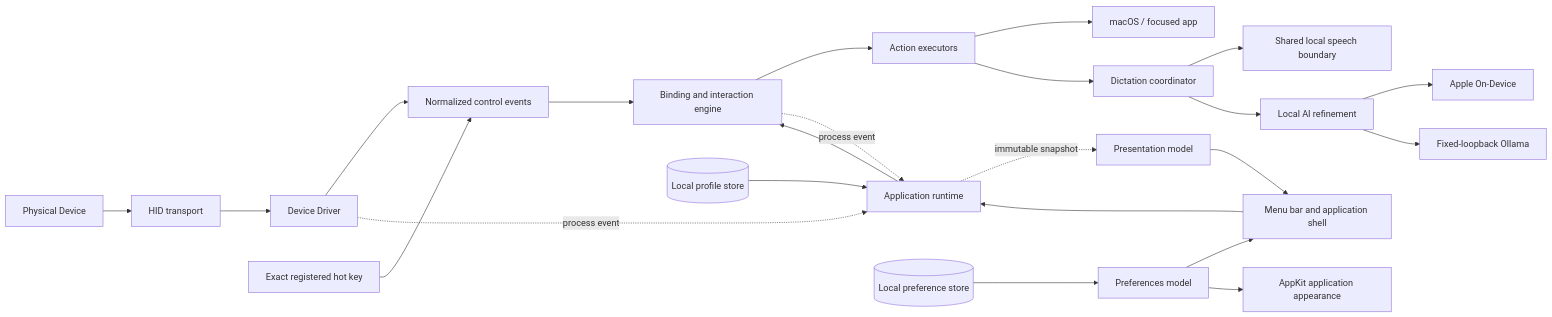
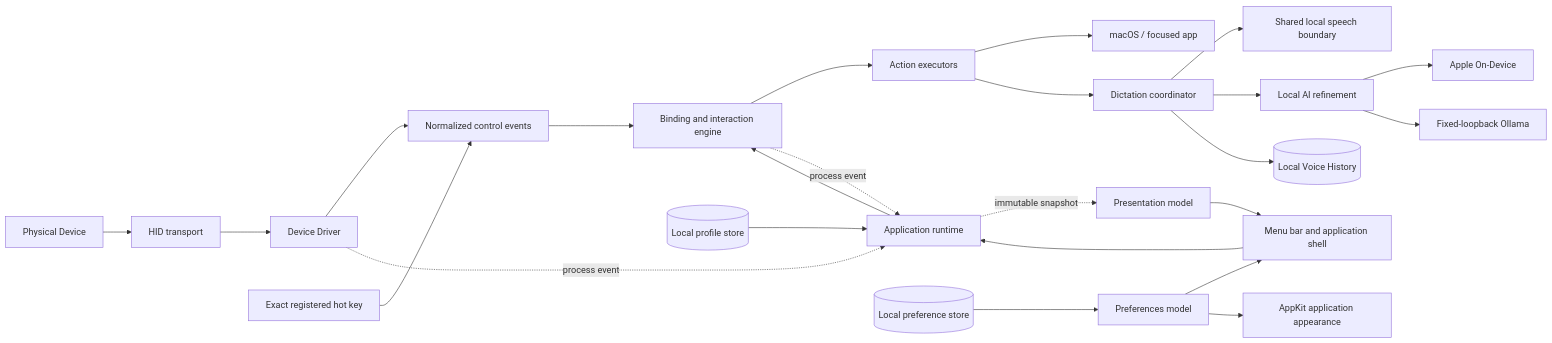
The first of 2 diagrams in docs/architecture.md (MarcusJRLee/hardware_controller), drawn with Mermaid before and after one commit. The commit also changed other lines of this file and 285 other files, not shown here.

````diff
--- a/docs/architecture.md
+++ b/docs/architecture.md
@@ -7,26 +7,27 @@
 ```mermaid
 flowchart LR
   DEVICE[Physical Device] --> HID[HID transport]
   HID --> DRIVER[Device Driver]
   DRIVER --> EVENTS[Normalized control events]
   HOTKEY[Exact registered hot key] --> EVENTS
   EVENTS --> ENGINE[Binding and interaction engine]
   PROFILE[(Local profile store)] --> RUNTIME[Application runtime]
   RUNTIME --> ENGINE
   ENGINE --> ACTIONS[Action executors]
   ACTIONS --> MACOS[macOS / focused app]
   ACTIONS --> DICTATION[Dictation coordinator]
   DICTATION --> SPEECH[Shared local speech boundary]
   DICTATION --> REFINEMENT[Local AI refinement]
+  DICTATION --> HISTORY[(Local Voice History)]
   REFINEMENT --> APPLE[Apple On-Device]
   REFINEMENT --> OLLAMA[Fixed-loopback Ollama]
 
   DRIVER -. process event .-> RUNTIME
   ENGINE -. process event .-> RUNTIME
   RUNTIME -. immutable snapshot .-> PRESENTATION[Presentation model]
   PRESENTATION --> UI[Menu bar and application shell]
   UI --> RUNTIME
   PREFERENCES[(Local preference store)] --> PREF_MODEL[Preferences model]
   PREF_MODEL --> UI
   PREF_MODEL --> APPEARANCE[AppKit application appearance]
 ```
````
